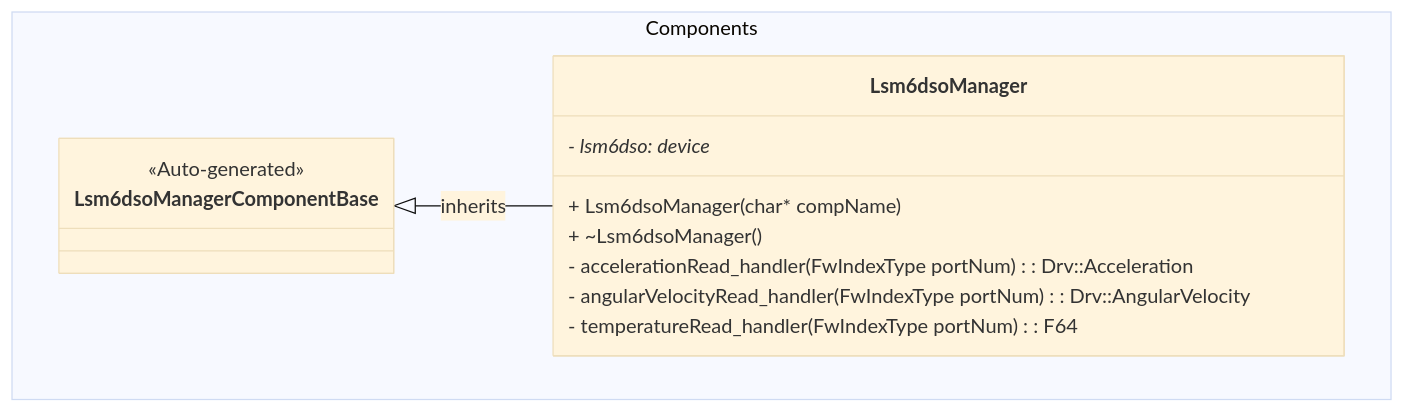
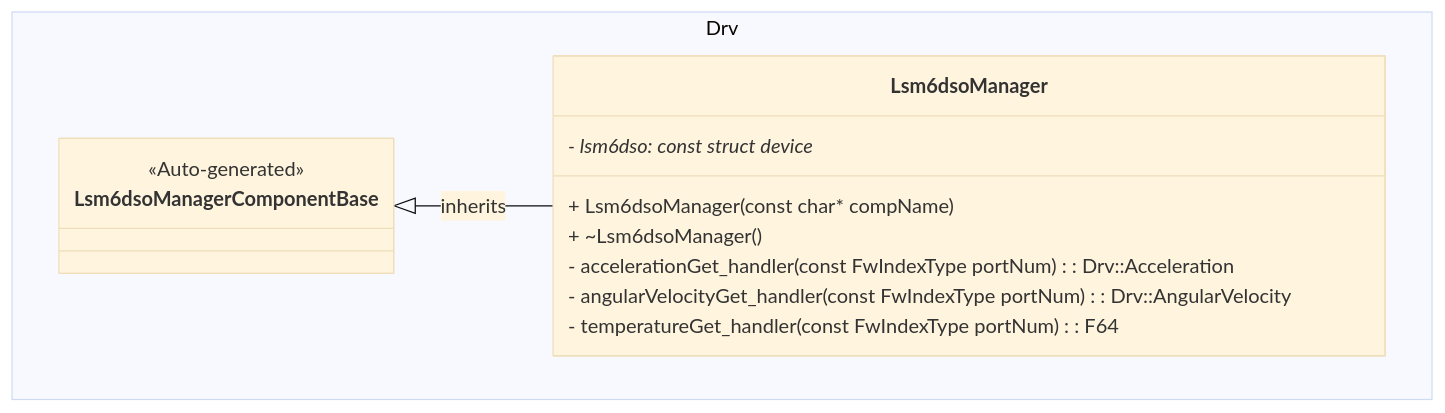
One commit to Open-Source-Space-Foundation/proves-core-reference changed the first of 4 diagrams in FprimeZephyrReference/Components/Drv/Lsm6dsoManager/docs/sdd.md. Above: the diagram before and after it, drawn with Mermaid (base theme). The commit also changed other lines of this file and 11 other files, not shown here.

Commit message:
clear throttle, configure lsm6 sensor, read->get

````diff
--- a/FprimeZephyrReference/Components/Drv/Lsm6dsoManager/docs/sdd.md
+++ b/FprimeZephyrReference/Components/Drv/Lsm6dsoManager/docs/sdd.md
@@ -19,17 +20,17 @@
 ```mermaid
 classDiagram
-    namespace Components {
+    namespace Drv {
         class Lsm6dsoManagerComponentBase {
             <<Auto-generated>>
         }
         class Lsm6dsoManager {
-            - lsm6dso: device*
-            + Lsm6dsoManager(char* compName)
+            - lsm6dso: const struct device*
+            + Lsm6dsoManager(const char* compName)
             + ~Lsm6dsoManager()
-            - accelerationRead_handler(FwIndexType portNum): Drv::Acceleration
-            - angularVelocityRead_handler(FwIndexType portNum): Drv::AngularVelocity
-            - temperatureRead_handler(FwIndexType portNum): F64
+            - accelerationGet_handler(const FwIndexType portNum): Drv::Acceleration
+            - angularVelocityGet_handler(const FwIndexType portNum): Drv::AngularVelocity
+            - temperatureGet_handler(const FwIndexType portNum): F64
         }
     }
     Lsm6dsoManagerComponentBase <|-- Lsm6dsoManager : inherits
 ```
````
